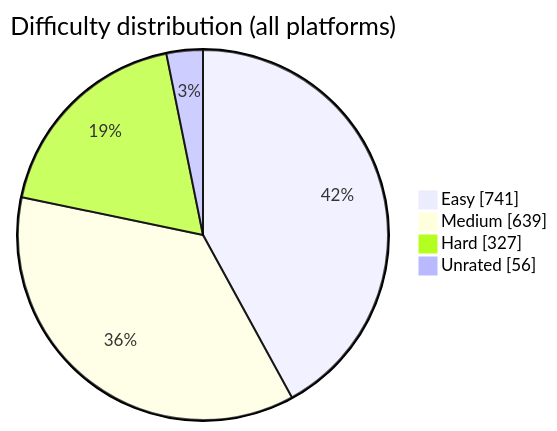
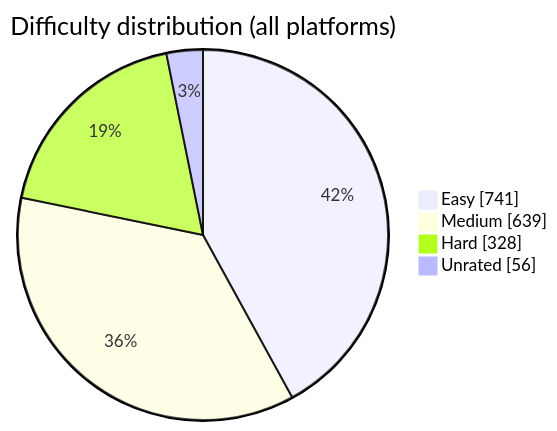
One commit to BuildbyArindam/Daily-Coding-Log changed the diagram in README.md. Above: the diagram before and after it, drawn with Mermaid. The commit also changed other lines of this file, not shown here.

````diff
--- a/README.md
+++ b/README.md
@@ -108,7 +108,7 @@
 ```mermaid
 pie showData title Difficulty distribution (all platforms)
     "Easy" : 741
     "Medium" : 639
-    "Hard" : 327
+    "Hard" : 328
     "Unrated" : 56
 ```
````
